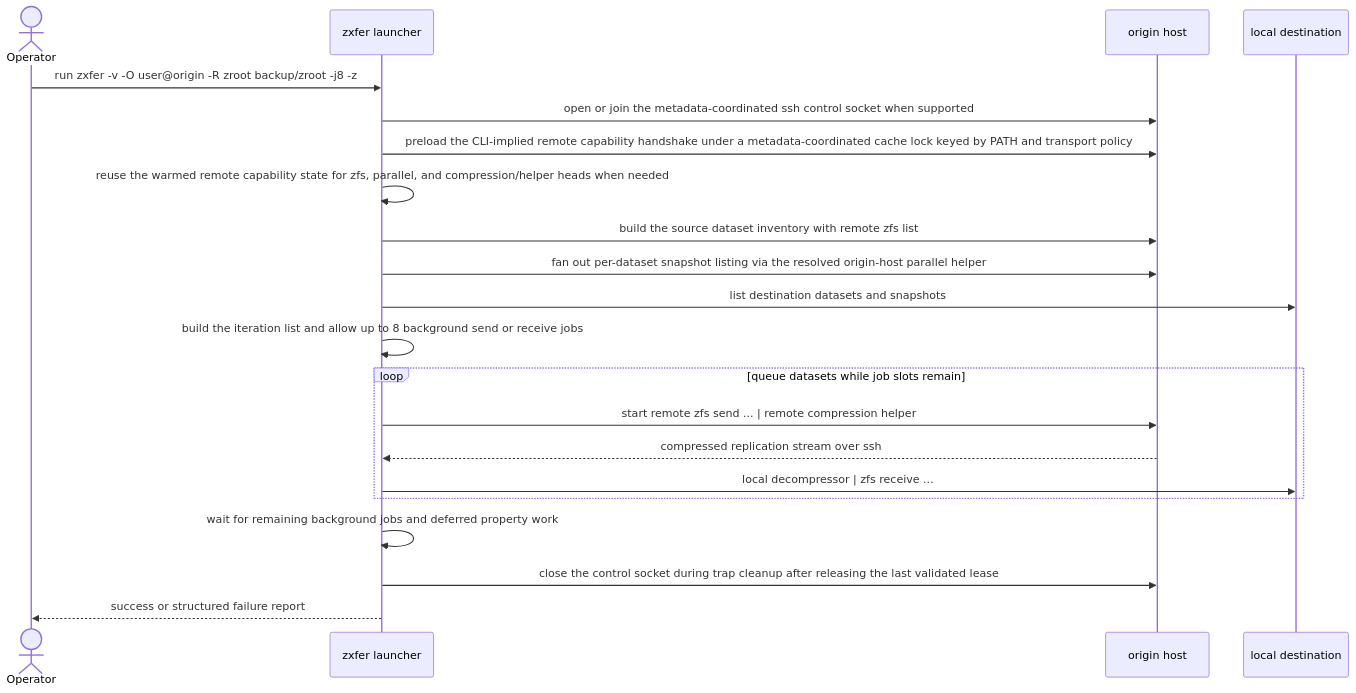
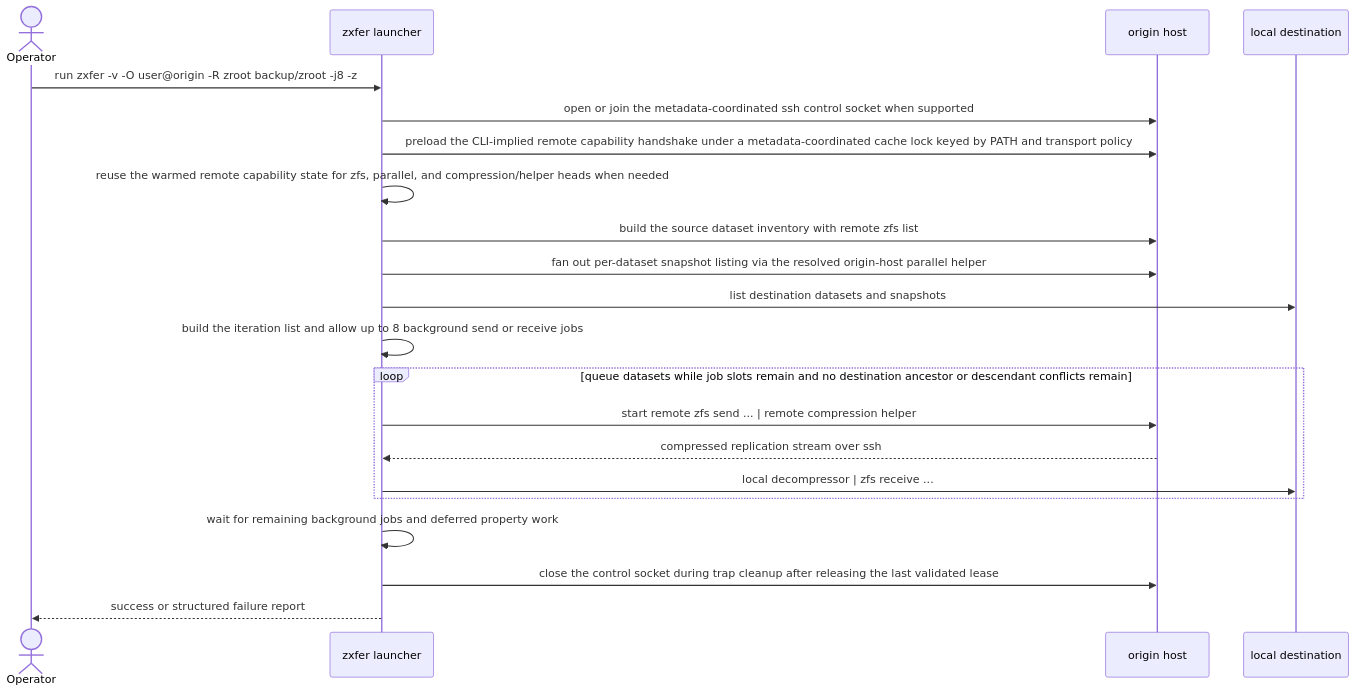
One commit to totalAldo/zxfer changed the fourth of 6 diagrams in docs/architecture.md. Above: the diagram before and after it, drawn with Mermaid. The commit also changed other lines of this file and 75 other files, not shown here.

````diff
--- a/docs/architecture.md
+++ b/docs/architecture.md
@@ -269,24 +330,24 @@
 ```mermaid
 sequenceDiagram
     actor Operator
     participant Launcher as zxfer launcher
     participant Origin as origin host
     participant Local as local destination
 
     Operator->>Launcher: run zxfer -v -O user@origin -R zroot backup/zroot -j8 -z
     Launcher->>Origin: open or join the metadata-coordinated ssh control socket when supported
     Launcher->>Origin: preload the CLI-implied remote capability handshake under a metadata-coordinated cache lock keyed by PATH and transport policy
     Launcher->>Launcher: reuse the warmed remote capability state for zfs, parallel, and compression/helper heads when needed
     Launcher->>Origin: build the source dataset inventory with remote zfs list
     Launcher->>Origin: fan out per-dataset snapshot listing via the resolved origin-host parallel helper
     Launcher->>Local: list destination datasets and snapshots
     Launcher->>Launcher: build the iteration list and allow up to 8 background send or receive jobs
-    loop queue datasets while job slots remain
+    loop queue datasets while job slots remain and no destination ancestor or descendant conflicts remain
         Launcher->>Origin: start remote zfs send ... | remote compression helper
         Origin-->>Launcher: compressed replication stream over ssh
         Launcher->>Local: local decompressor | zfs receive ...
     end
     Launcher->>Launcher: wait for remaining background jobs and deferred property work
     Launcher->>Origin: close the control socket during trap cleanup after releasing the last validated lease
     Launcher-->>Operator: success or structured failure report
 ```
````
